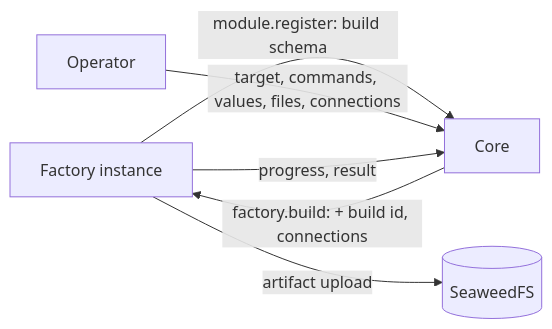
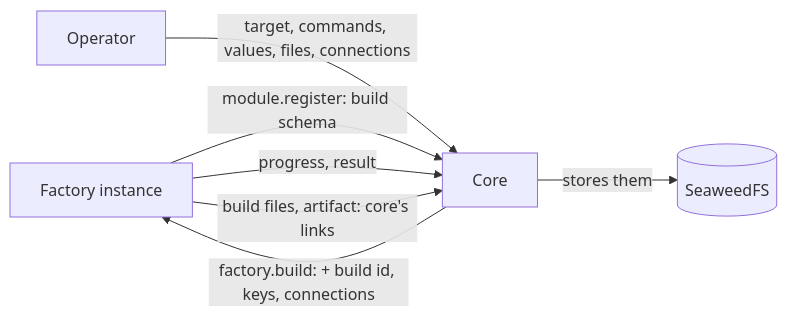
Before and after one commit to LogosCore/logos-docs: the first of 2 diagrams in src/content/docs/contracts/minion-build.md, drawn with Mermaid. The commit also changed other lines of this file and 43 other files, not shown here.

````diff
--- a/src/content/docs/contracts/minion-build.md
+++ b/src/content/docs/contracts/minion-build.md
@@ -21,8 +14,9 @@
 ```mermaid
 flowchart LR
     F[Factory instance] -- "module.register: build schema" --> CORE[Core]
     OP[Operator] -- "target, commands, values, files, connections" --> CORE
-    CORE -- "factory.build: + build id, connections" --> F
+    CORE -- "factory.build: + build id, keys, connections" --> F
     F -- "progress, result" --> CORE
-    F -- "artifact upload" --> S3[(SeaweedFS)]
+    F -- "build files, artifact: core's links" --> CORE
+    CORE -- "stores them" --> S3[(SeaweedFS)]
 ```
````
